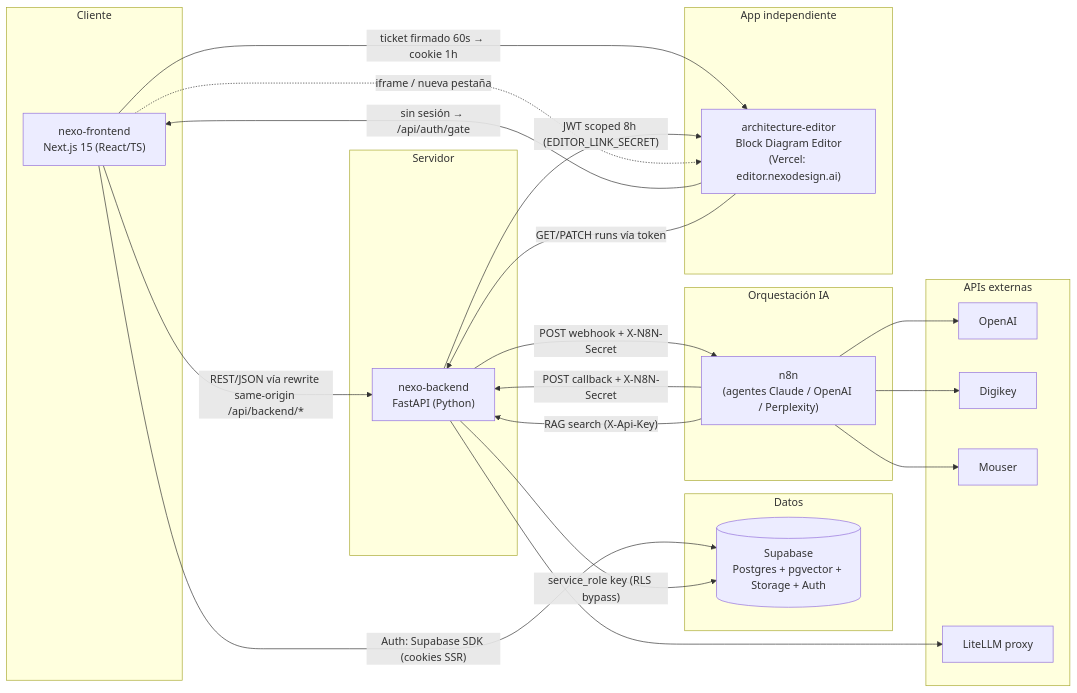
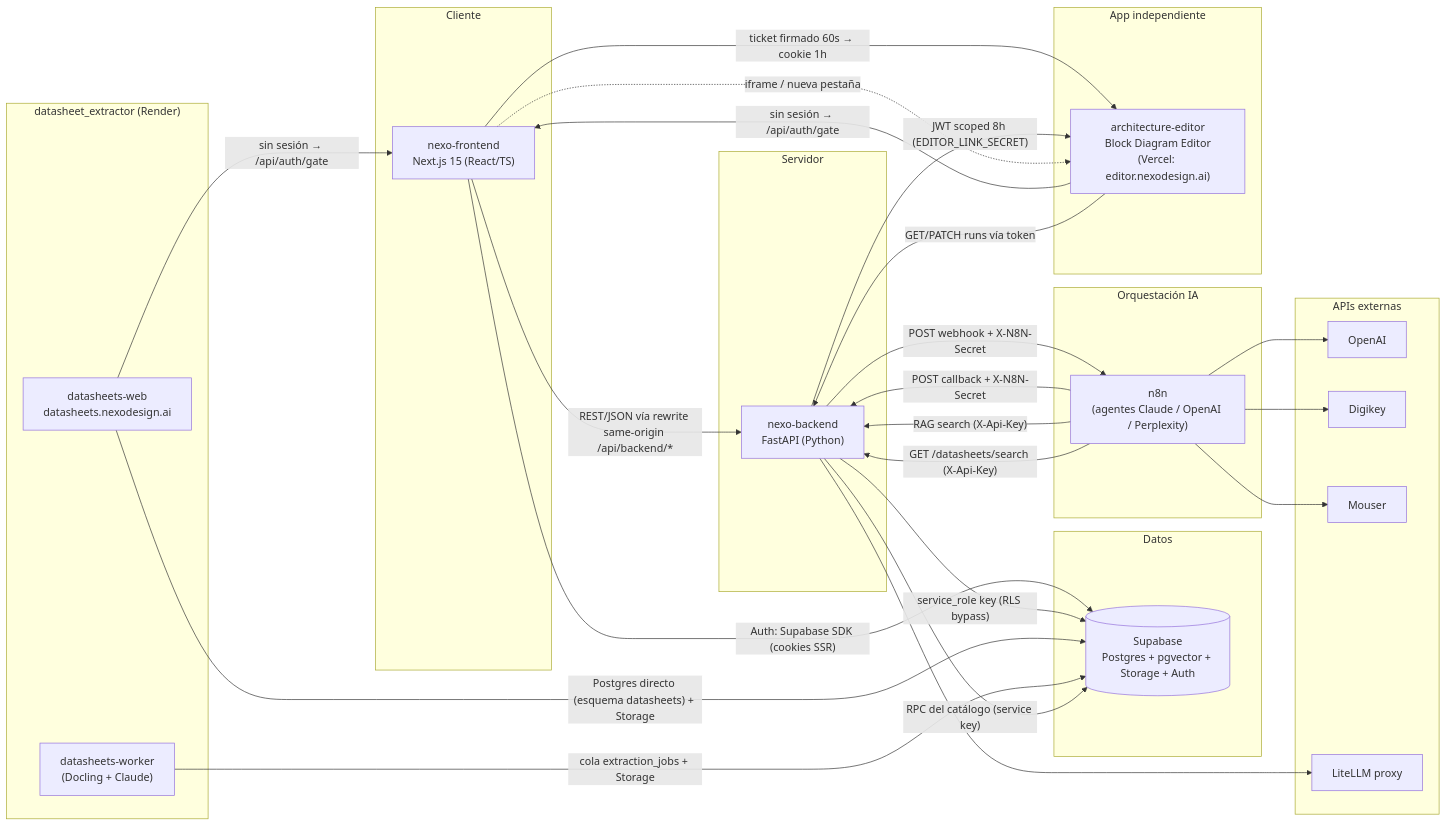
The first of 5 diagrams in docs/nexo-architecture-overview.md (NexoDesigns/nexo-frontend), drawn with Mermaid before and after one commit. The commit also changed other lines of this file and 7 other files, not shown here.

First line of the commit message:
Datasheets: a link to the tool, the catalog's API client, and the docs

````diff
--- a/docs/nexo-architecture-overview.md
+++ b/docs/nexo-architecture-overview.md
@@ -12,45 +14,55 @@
 ```mermaid
 flowchart LR
     subgraph Cliente
         FE["nexo-frontend<br/>Next.js 15 (React/TS)"]
     end
 
     subgraph Servidor
         BE["nexo-backend<br/>FastAPI (Python)"]
     end
 
     subgraph Datos
         SB[("Supabase<br/>Postgres + pgvector + Storage + Auth")]
     end
 
     subgraph Automatizacion["Orquestación IA"]
         N8N["n8n<br/>(agentes Claude / OpenAI / Perplexity)"]
     end
 
     subgraph Editor["App independiente"]
         AE["architecture-editor<br/>Block Diagram Editor<br/>(Vercel: editor.nexodesign.ai)"]
+    end
+
+    subgraph Datasheets["datasheet_extractor (Render)"]
+        DSW["datasheets-web<br/>datasheets.nexodesign.ai"]
+        DSK["datasheets-worker<br/>(Docling + Claude)"]
     end
 
     subgraph Externos["APIs externas"]
         OAI[OpenAI]
         DK[Digikey]
         MO[Mouser]
         LLM[LiteLLM proxy]
     end
 
     FE -- "REST/JSON vía rewrite same-origin /api/backend/*" --> BE
     FE -- "Auth: Supabase SDK (cookies SSR)" --> SB
     AE -- "sin sesión → /api/auth/gate" --> FE
     FE -- "ticket firmado 60s → cookie 1h" --> AE
     BE -- "service_role key (RLS bypass)" --> SB
     BE -- "POST webhook + X-N8N-Secret" --> N8N
     N8N -- "POST callback + X-N8N-Secret" --> BE
     N8N -- "RAG search (X-Api-Key)" --> BE
     N8N --> OAI
     N8N --> DK
     N8N --> MO
     BE --> LLM
     BE -- "JWT scoped 8h (EDITOR_LINK_SECRET)" --> AE
     AE -- "GET/PATCH runs vía token" --> BE
     FE -. "iframe / nueva pestaña" .-> AE
+    DSW -- "sin sesión → /api/auth/gate" --> FE
+    DSW -- "Postgres directo (esquema datasheets) + Storage" --> SB
+    DSK -- "cola extraction_jobs + Storage" --> SB
+    BE -- "RPC del catálogo (service key)" --> SB
+    N8N -- "GET /datasheets/search (X-Api-Key)" --> BE
 ```
````
